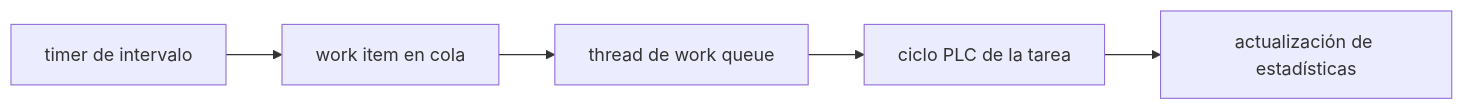
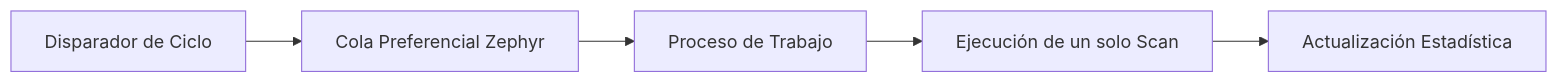
One commit to eduardojvieira/ZPLC changed the diagram in docs/i18n/es/docusaurus-plugin-content-docs/current/runtime/scheduler.md. Above: the diagram before and after it, drawn with Mermaid. The commit also changed other lines of this file and 55 other files, not shown here.

````diff
--- a/docs/i18n/es/docusaurus-plugin-content-docs/current/runtime/scheduler.md
+++ b/docs/i18n/es/docusaurus-plugin-content-docs/current/runtime/scheduler.md
@@ -45,7 +40,7 @@
 ```mermaid
 flowchart LR
-  Timer[timer de intervalo] --> Queue[work item en cola]
-  Queue --> Worker[thread de work queue]
-  Worker --> Cycle[ciclo PLC de la tarea]
-  Cycle --> Stats[actualización de estadísticas]
+  Timer[Disparador de Ciclo] --> Queue[Cola Preferencial Zephyr]
+  Queue --> Thread[Proceso de Trabajo]
+  Thread --> Cycle[Ejecución de un solo Scan]
+  Cycle --> Stats[Actualización Estadística]
 ```
````
